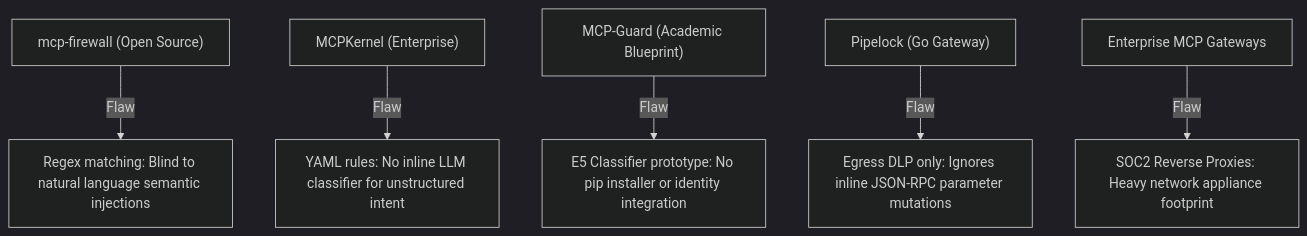
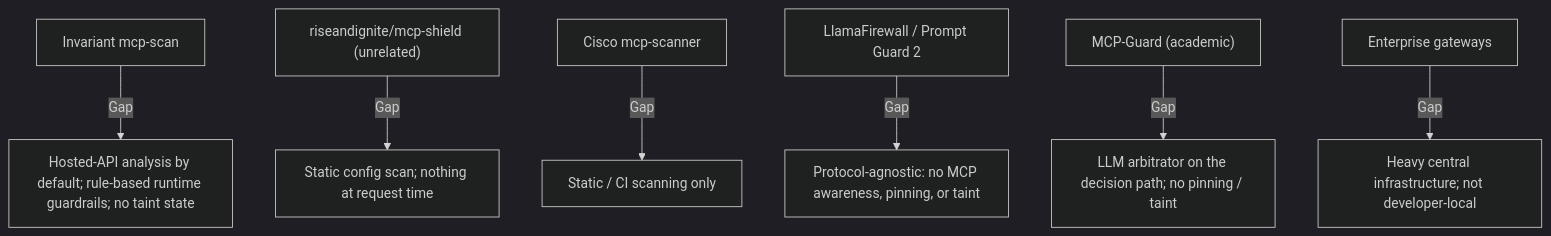
The seventh of 10 diagrams in MCP-Shield Complete Presentation Script & Project Blueprint.md (rishikeshvarma/MCP-Shield), drawn with Mermaid (dark theme) before and after one commit. The commit also changed other lines of this file and 10 other files, not shown here.

````diff
--- a/MCP-Shield Complete Presentation Script & Project Blueprint.md
+++ b/MCP-Shield Complete Presentation Script & Project Blueprint.md
@@ -265,8 +230,9 @@
 ```mermaid
 graph TD
-    Ex1["mcp-firewall (Open Source)"] -->|Flaw| F1["Regex matching: Blind to natural language semantic injections"]
-    Ex2["MCPKernel (Enterprise)"] -->|Flaw| F2["YAML rules: No inline LLM classifier for unstructured intent"]
-    Ex3["MCP-Guard (Academic Blueprint)"] -->|Flaw| F3["E5 Classifier prototype: No pip installer or identity integration"]
-    Ex4["Pipelock (Go Gateway)"] -->|Flaw| F4["Egress DLP only: Ignores inline JSON-RPC parameter mutations"]
-    Ex5["Enterprise MCP Gateways"] -->|Flaw| F5["SOC2 Reverse Proxies: Heavy network appliance footprint"]
+    Ex1["Invariant mcp-scan"] -->|Gap| F1["Hosted-API analysis by default; rule-based runtime guardrails; no taint state"]
+    Ex2["riseandignite/mcp-shield (unrelated)"] -->|Gap| F2["Static config scan; nothing at request time"]
+    Ex3["Cisco mcp-scanner"] -->|Gap| F3["Static / CI scanning only"]
+    Ex4["LlamaFirewall / Prompt Guard 2"] -->|Gap| F4["Protocol-agnostic: no MCP awareness, pinning, or taint"]
+    Ex5["MCP-Guard (academic)"] -->|Gap| F5["LLM arbitrator on the decision path; no pinning / taint"]
+    Ex6["Enterprise gateways"] -->|Gap| F6["Heavy central infrastructure; not developer-local"]
 ```
````
